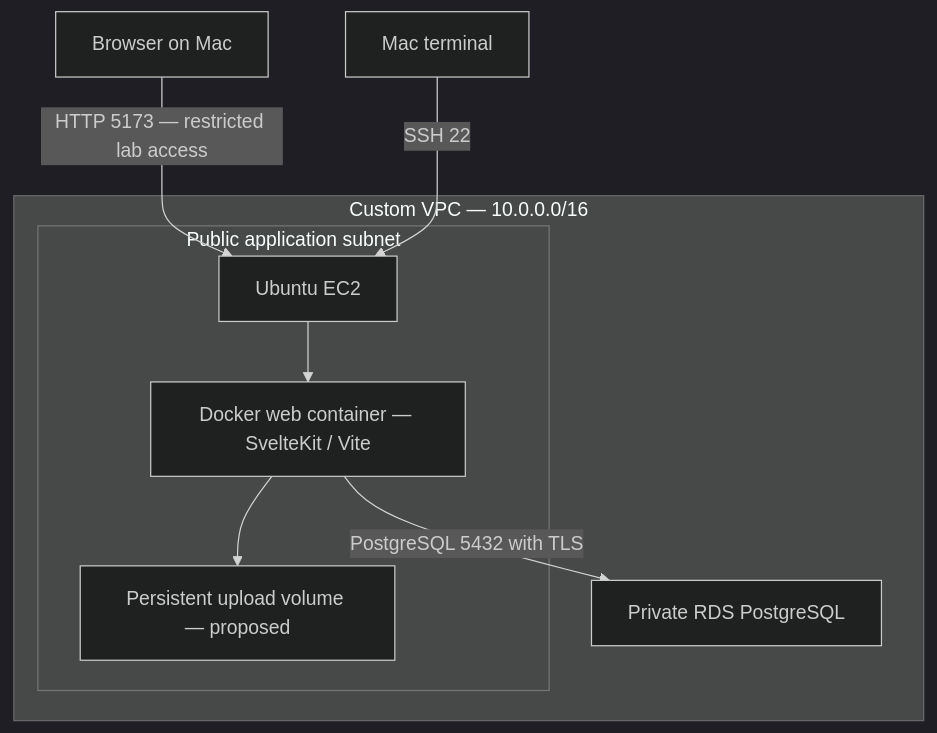
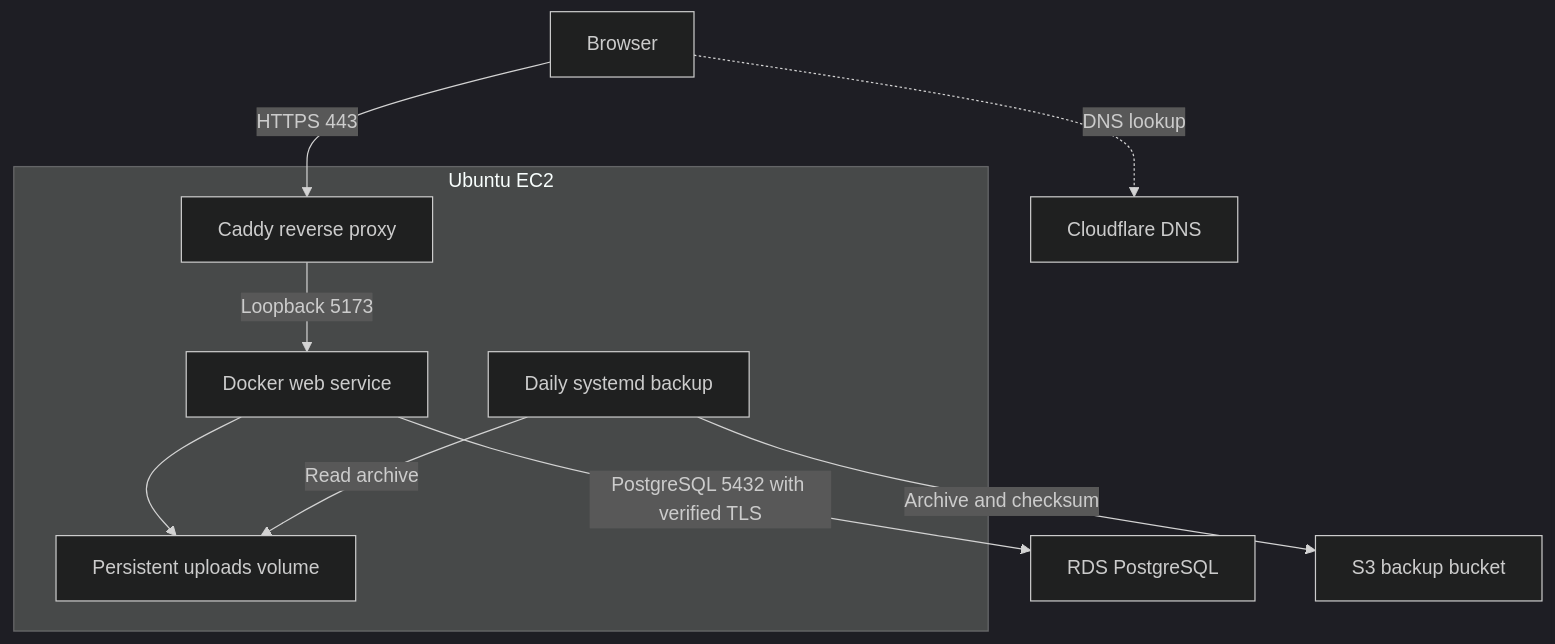
Before and after one commit to SilvaRohit/myProperty: the first of 2 diagrams in README.md, drawn with Mermaid (dark theme). The commit also changed other lines of this file and 1 other file, not shown here.

````diff
--- a/README.md
+++ b/README.md
@@ -31,12 +59,12 @@
 ```mermaid
 flowchart TB
-    Browser["Browser on Mac"] -->|"HTTP 5173 — restricted lab access"| EC2
-    Mac["Mac terminal"] -->|"SSH 22"| EC2
-    subgraph VPC["Custom VPC — 10.0.0.0/16"]
-        subgraph Public["Public application subnet"]
-            EC2["Ubuntu EC2"] --> Web["Docker web container — SvelteKit / Vite"]
-            Web --> Files["Persistent upload volume — proposed"]
-        end
-        Web -->|"PostgreSQL 5432 with TLS"| RDS["Private RDS PostgreSQL"]
+    Visitor["Browser"] -. "DNS lookup" .-> DNS["Cloudflare DNS"]
+    Visitor -->|"HTTPS 443"| Caddy
+    subgraph Host["Ubuntu EC2"]
+        Caddy["Caddy reverse proxy"] -->|"Loopback 5173"| Web["Docker web service"]
+        Web --> Volume["Persistent uploads volume"]
+        Backup["Daily systemd backup"] -->|"Read archive"| Volume
     end
+    Web -->|"PostgreSQL 5432 with verified TLS"| RDS["RDS PostgreSQL"]
+    Backup -->|"Archive and checksum"| S3["S3 backup bucket"]
 ```
````
